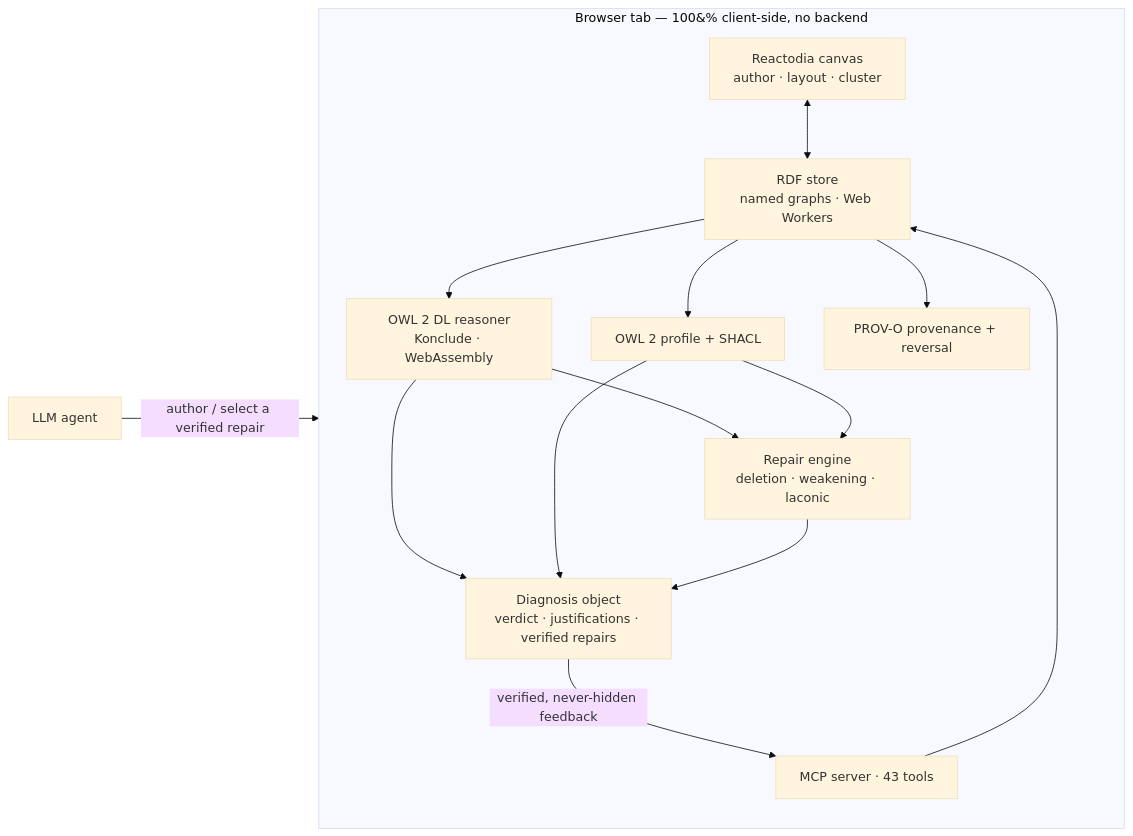
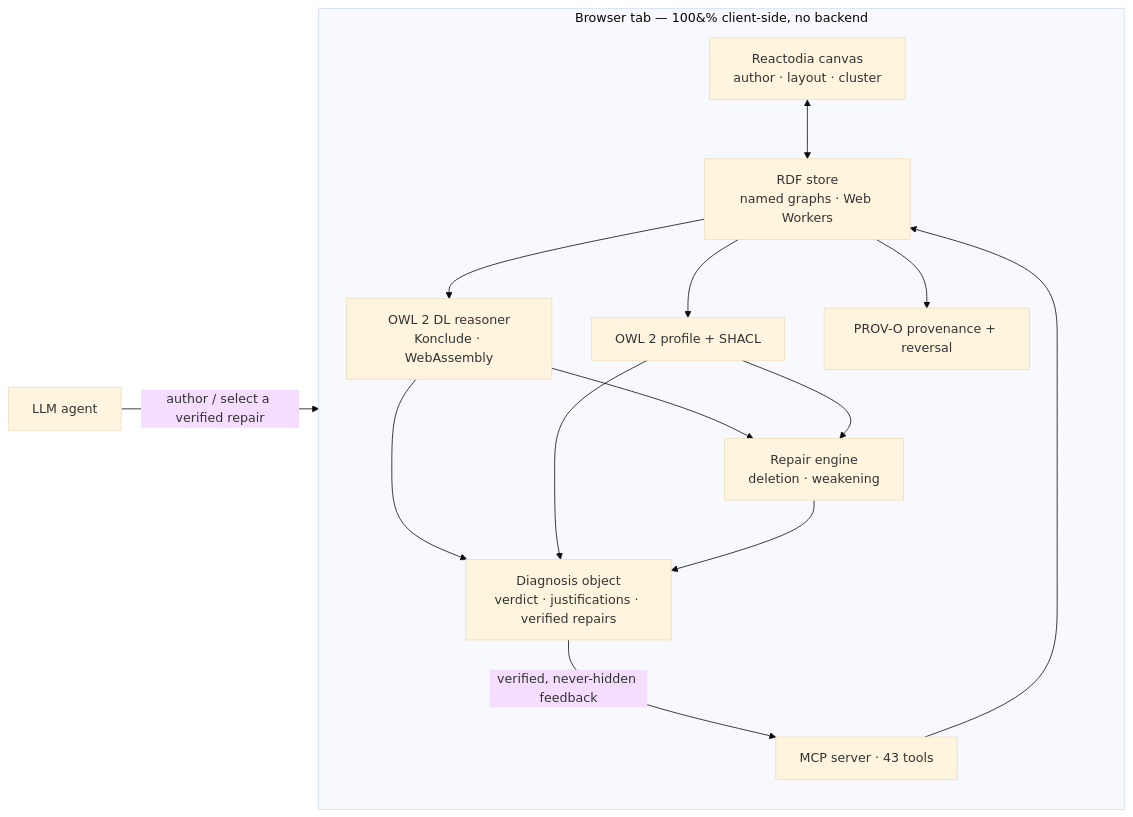
Before and after one commit to ThHanke/ontosphere: the diagram in README.md, drawn with Mermaid (base theme). The commit also changed other lines of this file and 1 other file, not shown here.

````diff
--- a/README.md
+++ b/README.md
@@ -68,27 +68,27 @@
 ```mermaid
 flowchart LR
   Agent["LLM agent"]
   subgraph B["Browser tab — 100&#37; client-side, no backend"]
     direction TB
     UI["Reactodia canvas<br/>author · layout · cluster"]
     Store["RDF store<br/>named graphs · Web Workers"]
     Reason["OWL 2 DL reasoner<br/>Konclude · WebAssembly"]
     Check["OWL 2 profile + SHACL"]
-    Repair["Repair engine<br/>deletion · weakening · laconic"]
+    Repair["Repair engine<br/>deletion · weakening"]
     Diag["Diagnosis object<br/>verdict · justifications · verified repairs"]
     Prov["PROV-O provenance + reversal"]
     MCP["MCP server · 43 tools"]
   end
   Agent -->|"author / select a verified repair"| MCP
   MCP --> Store
   UI <--> Store
   Store --> Reason
   Store --> Check
   Reason --> Repair
   Check --> Repair
   Reason --> Diag
   Check --> Diag
   Repair --> Diag
   Diag -->|"verified, never-hidden feedback"| MCP
   Store --> Prov
 ```
````
